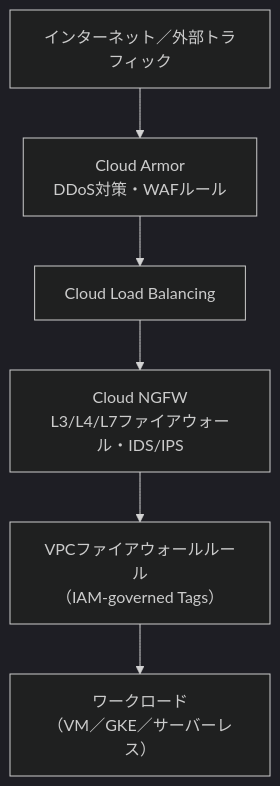
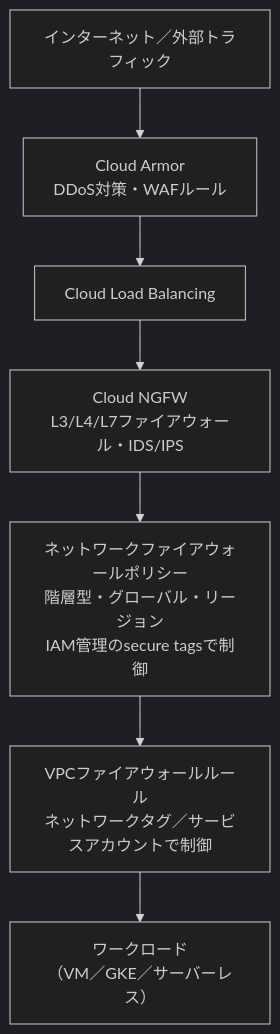
One commit to myoshi2891/Cloud-Infrastructure-Studies changed the fourth of 17 diagrams in Gcp-pca-section2-managing-provisioning.md. Above: the diagram before and after it, drawn with Mermaid (dark theme). The commit also changed other lines of this file and 1 other file, not shown here.

Commit message:
docs(study-guides): update PCA section 2 content and AGWA section 3 DLP diagram

````diff
--- a/Gcp-pca-section2-managing-provisioning.md
+++ b/Gcp-pca-section2-managing-provisioning.md
@@ -139,8 +149,9 @@
 ```mermaid
 graph TD
     Internet["インターネット／外部トラフィック"] --> Armor["Cloud Armor<br/>DDoS対策・WAFルール"]
     Armor --> LB["Cloud Load Balancing"]
     LB --> NGFW["Cloud NGFW<br/>L3/L4/L7ファイアウォール・IDS/IPS"]
-    NGFW --> VPCFW["VPCファイアウォールルール<br/>（IAM-governed Tags）"]
+    NGFW --> Policy["ネットワークファイアウォールポリシー<br/>階層型・グローバル・リージョン<br/>IAM管理のsecure tagsで制御"]
+    Policy --> VPCFW["VPCファイアウォールルール<br/>ネットワークタグ／サービスアカウントで制御"]
     VPCFW --> Workload["ワークロード<br/>（VM／GKE／サーバーレス）"]
 ```
````
